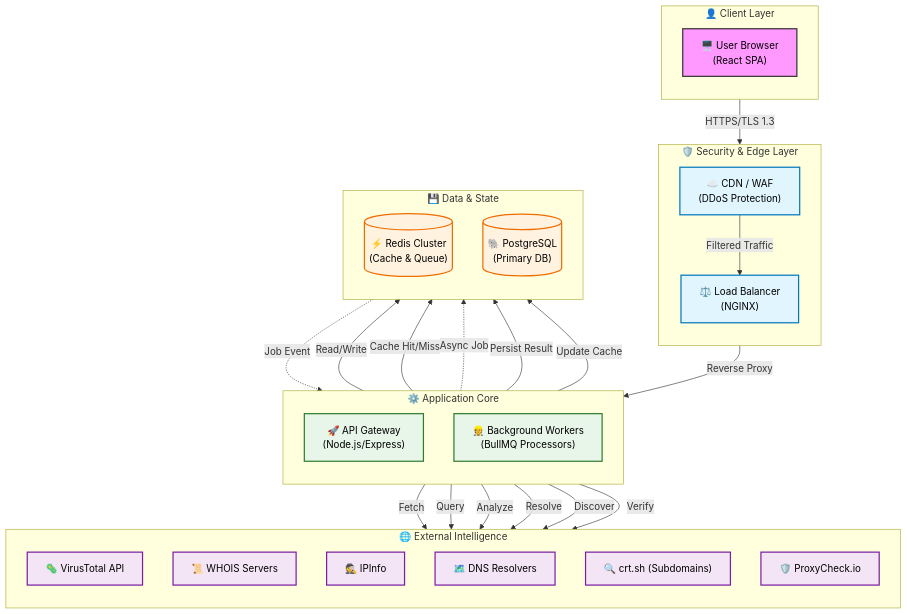
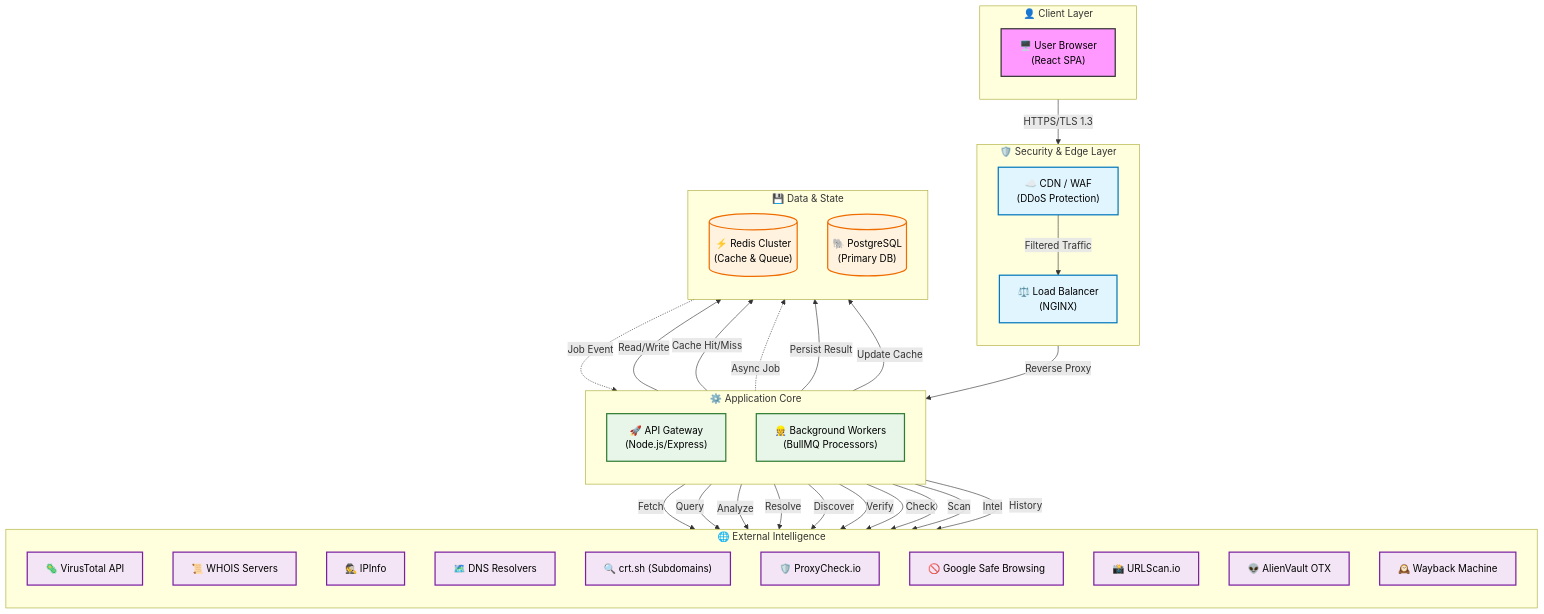
Before and after one commit to vaishnav4281/Domainscope: the diagram in documentation/architecture.md, drawn with Mermaid. The commit also changed other lines of this file and 25 other files, not shown here.

````diff
--- a/documentation/architecture.md
+++ b/documentation/architecture.md
@@ -9,63 +9,71 @@
 ```mermaid
 graph TD
     %% Styles
     classDef client fill:#f9f,stroke:#333,stroke-width:2px,color:black;
     classDef edge fill:#e1f5fe,stroke:#0277bd,stroke-width:2px,color:black;
     classDef app fill:#e8f5e9,stroke:#2e7d32,stroke-width:2px,color:black;
     classDef data fill:#fff3e0,stroke:#ef6c00,stroke-width:2px,color:black;
     classDef ext fill:#f3e5f5,stroke:#7b1fa2,stroke-width:2px,color:black;
 
     subgraph User_Access ["👤 Client Layer"]
         direction TB
         Browser["🖥️ User Browser<br/>(React SPA)"]:::client
     end
 
     subgraph Security_Edge ["🛡️ Security & Edge Layer"]
         direction TB
         CDN["☁️ CDN / WAF<br/>(DDoS Protection)"]:::edge
         LB["⚖️ Load Balancer<br/>(NGINX)"]:::edge
     end
 
     subgraph App_Core ["⚙️ Application Core"]
         direction TB
         API["🚀 API Gateway<br/>(Node.js/Express)"]:::app
         Worker["👷 Background Workers<br/>(BullMQ Processors)"]:::app
     end
 
     subgraph Data_Persistence ["💾 Data & State"]
         direction TB
         Redis[("⚡ Redis Cluster<br/>(Cache & Queue)")]:::data
         DB[("🐘 PostgreSQL<br/>(Primary DB)")]:::data
     end
 
     subgraph External_World ["🌐 External Intelligence"]
         direction TB
         VT["🦠 VirusTotal API"]:::ext
         WHOIS["📜 WHOIS Servers"]:::ext
         IPInfo["🕵️ IPInfo"]:::ext
         DNS["🗺️ DNS Resolvers"]:::ext
         CRT["🔍 crt.sh (Subdomains)"]:::ext
         PC["🛡️ ProxyCheck.io"]:::ext
+        GSB["🚫 Google Safe Browsing"]:::ext
+        URLS["📸 URLScan.io"]:::ext
+        OTX["👽 AlienVault OTX"]:::ext
+        WB["🕰️ Wayback Machine"]:::ext
     end
 
     %% Connections
     Browser -->|HTTPS/TLS 1.3| CDN
     CDN -->|Filtered Traffic| LB
     LB -->|Reverse Proxy| API
     
     API -->|Read/Write| DB
     API -->|Cache Hit/Miss| Redis
     API -.->|Async Job| Redis
     
     Redis -.->|Job Event| Worker
     
     Worker -->|Fetch| VT
     Worker -->|Query| WHOIS
     Worker -->|Analyze| IPInfo
     Worker -->|Resolve| DNS
     Worker -->|Discover| CRT
     Worker -->|Verify| PC
+    Worker -->|Check| GSB
+    Worker -->|Scan| URLS
+    Worker -->|Intel| OTX
+    Worker -->|History| WB
     
     Worker -->|Persist Result| DB
     Worker -->|Update Cache| Redis
 ```
````
